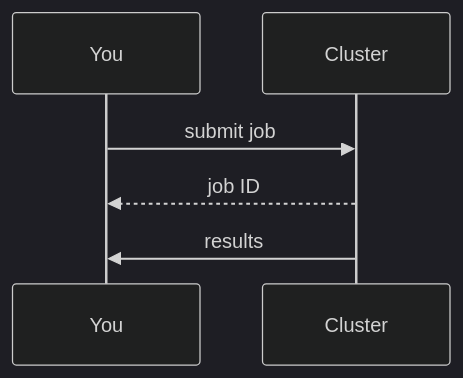
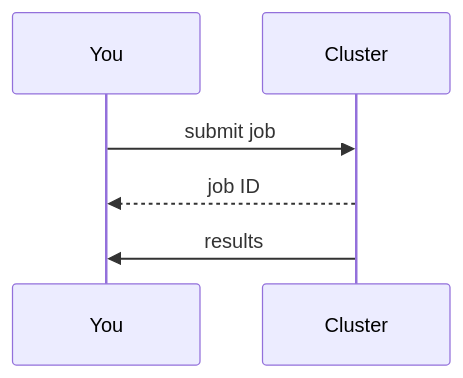
The third of 4 diagrams in lectures/content/slides/05_Markdown_and_VS_Code.md (MindaugasSarpis/CERN_lessons_on_data_analysis), drawn with Mermaid before and after one commit. The commit also changed other lines of this file and 11 other files, not shown here.

````diff
--- a/lectures/content/slides/05_Markdown_and_VS_Code.md
+++ b/lectures/content/slides/05_Markdown_and_VS_Code.md
@@ -815,7 +813,6 @@
 ```mermaid {scale: 0.62}
-%%{init: {'theme': 'dark', 'themeVariables': {'primaryColor': '#0f1f3d', 'primaryBorderColor': '#60a5fa', 'primaryTextColor': '#e2e8f0', 'lineColor': '#5eead4'}}}%%
 sequenceDiagram
   You->>Cluster: submit job
   Cluster-->>You: job ID
   Cluster->>You: results
 ```
````
